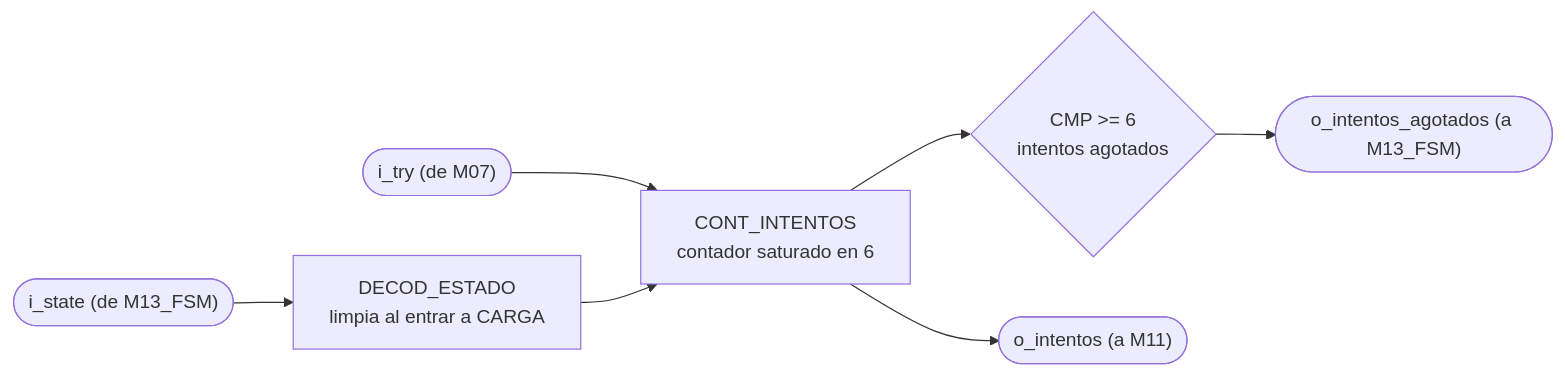
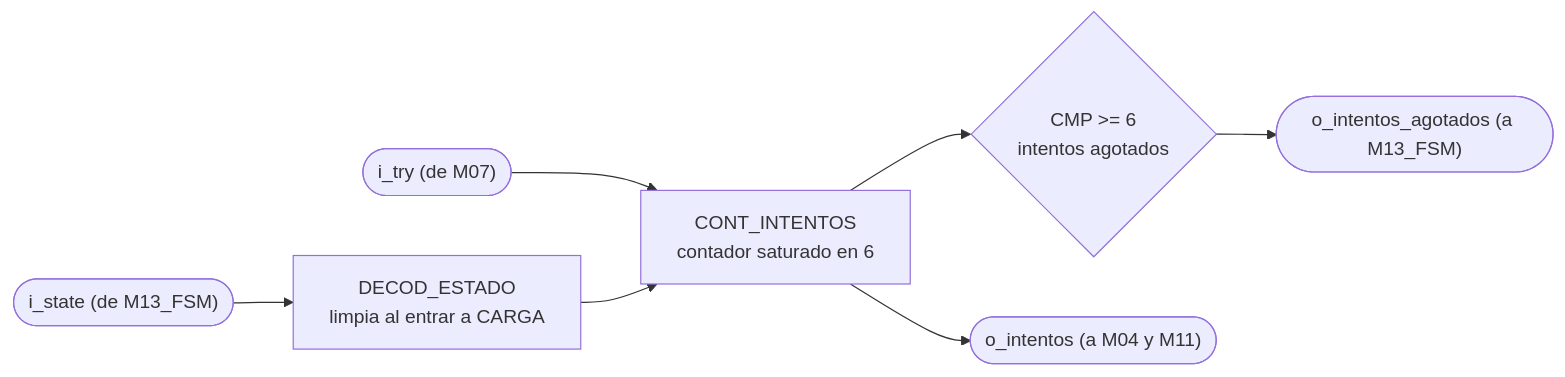
One commit to Taller-de-diseno-digital-GR01/Proyecto-2-Ahorcado changed diagram 13 of 14 in docs/diseño/diagramas/nivel03.md. Above: the diagram before and after it, drawn with Mermaid. The commit also changed other lines of this file and 1 other file, not shown here.

Commit message:
M12_Contador-Intentos.md: o_intentos ya iba tambien a mostrar_lcd

````diff
--- a/docs/diseño/diagramas/nivel03.md
+++ b/docs/diseño/diagramas/nivel03.md
@@ -651,9 +651,9 @@
 ```mermaid
 flowchart LR
     IN_TRY(["i_try (de M07)"]) --> CNT1["CONT_INTENTOS<br/>contador saturado en 6"]
     IN_STATE(["i_state (de M13_FSM)"]) --> DEC_ST["DECOD_ESTADO<br/>limpia al entrar a CARGA"]
     DEC_ST --> CNT1
     CNT1 --> CMP1{"CMP >= 6<br/>intentos agotados"}
     CMP1 --> OUT_FSM(["o_intentos_agotados (a M13_FSM)"])
-    CNT1 --> OUT_M11(["o_intentos (a M11)"])
+    CNT1 --> OUT_M11(["o_intentos (a M04 y M11)"])
 ```
````
